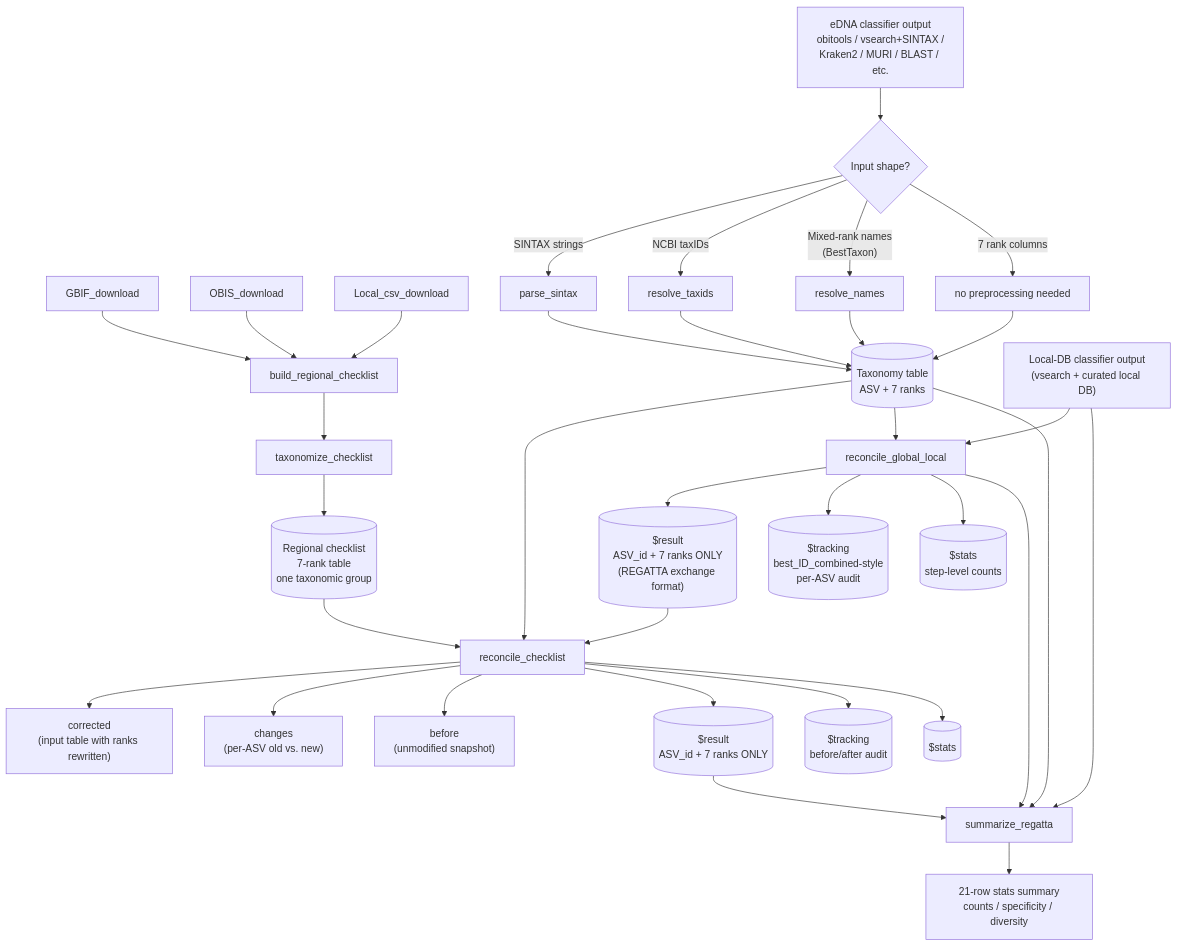
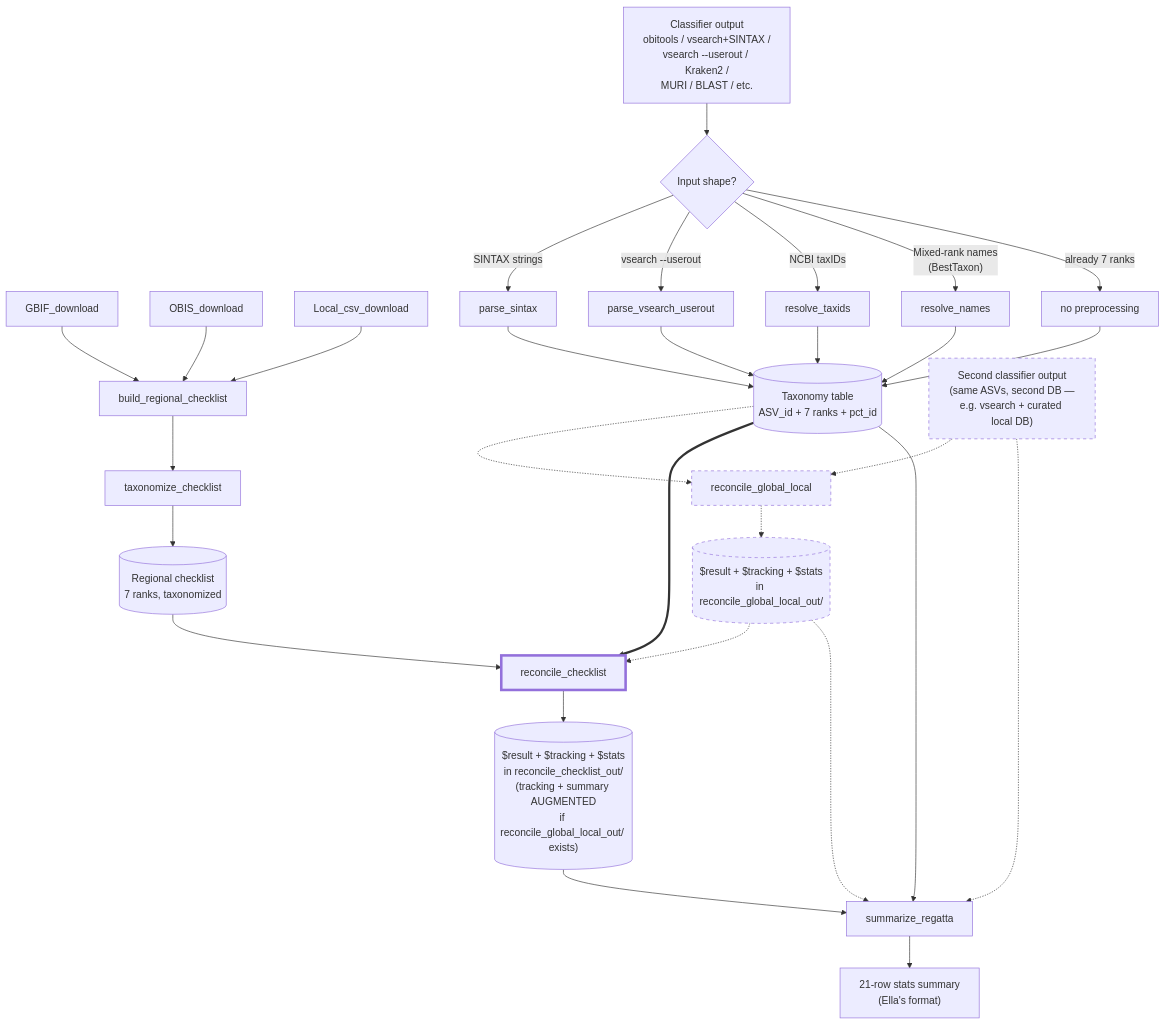
One commit to EWisely/REGATTA changed the diagram in README.md. Above: the diagram before and after it, drawn with Mermaid. The commit also changed other lines of this file, not shown here.

````diff
--- a/README.md
+++ b/README.md
@@ -58,40 +66,47 @@
 ```mermaid
 flowchart TD
+    %% Regional-checklist construction — runs once per region + taxonomic group
     A[GBIF_download] --> D[build_regional_checklist]
     B[OBIS_download] --> D
     C[Local_csv_download] --> D
     D --> E[taxonomize_checklist]
-    E --> F[("Regional checklist<br/>7-rank table<br/>one taxonomic group")]
+    E --> F[("Regional checklist<br/>7 ranks, taxonomized")]
 
-    G["eDNA classifier output<br/>obitools / vsearch+SINTAX /<br/>Kraken2 / MURI / BLAST / etc."] --> H{Input shape?}
+    %% Classifier-output preprocessing — once per classifier
+    G["Classifier output<br/>obitools / vsearch+SINTAX /<br/>vsearch --userout / Kraken2 /<br/>MURI / BLAST / etc."] --> H{Input shape?}
     H -->|SINTAX strings| I[parse_sintax]
+    H -->|"vsearch --userout"| I2[parse_vsearch_userout]
     H -->|NCBI taxIDs| J[resolve_taxids]
     H -->|"Mixed-rank names<br/>(BestTaxon)"| N1[resolve_names]
-    H -->|7 rank columns| K[no preprocessing needed]
-    I --> L[("Taxonomy table<br/>ASV + 7 ranks")]
-    J --> L
+    H -->|already 7 ranks| K[no preprocessing]
+    I  --> L[("Taxonomy table<br/>ASV_id + 7 ranks + pct_id")]
+    I2 --> L
+    J  --> L
     N1 --> L
-    K --> L
+    K  --> L
 
+    %% OPTIONAL: reconcile_global_local (dashed throughout)
+    L2["Second classifier output<br/>(same ASVs, second DB —<br/>e.g. vsearch + curated local DB)"] -.-> Q[reconcile_global_local]
+    L -.-> Q
+    Q -.-> R1[("$result + $tracking + $stats<br/>in reconcile_global_local_out/")]
+    R1 -.-> M
+
+    %% CORE: reconcile_checklist
     F --> M[reconcile_checklist]
-    L --> M
-    M --> N["corrected<br/>(input table with ranks rewritten)"]
-    M --> O["changes<br/>(per-ASV old vs. new)"]
-    M --> P["before<br/>(unmodified snapshot)"]
+    L ==> M
+    M --> M_out[("$result + $tracking + $stats<br/>in reconcile_checklist_out/<br/>(tracking + summary AUGMENTED<br/>if reconcile_global_local_out/ exists)")]
 
-    L2["Local-DB classifier output<br/>(vsearch + curated local DB)"] --> Q[reconcile_global_local]
-    L --> Q
-    Q --> R1[("$result<br/>ASV_id + 7 ranks ONLY<br/>(REGATTA exchange format)")]
-    Q --> R2[("$tracking<br/>best_ID_combined-style<br/>per-ASV audit")]
-    Q --> R3[("$stats<br/>step-level counts")]
-    R1 --> M
-    M --> M1[("$result<br/>ASV_id + 7 ranks ONLY")]
-    M --> M2[("$tracking<br/>before/after audit")]
-    M --> M3[("$stats")]
+    %% Cross-stage summary
+    M_out --> S[summarize_regatta]
+    L --> S
+    L2 -.-> S
+    R1 -.-> S
+    S --> T["21-row stats summary<br/>(Ella's format)"]
 
-    M1 --> S[summarize_regatta]
-    L --> S
-    L2 --> S
-    Q --> S
-    S --> T["21-row stats summary<br/>counts / specificity / diversity"]
+    %% Style optional path dashed
+    style L2 stroke-dasharray: 5 5
+    style Q  stroke-dasharray: 5 5
+    style R1 stroke-dasharray: 5 5
+    %% Style the core function bold
+    style M  stroke-width:4px
 ```
````
